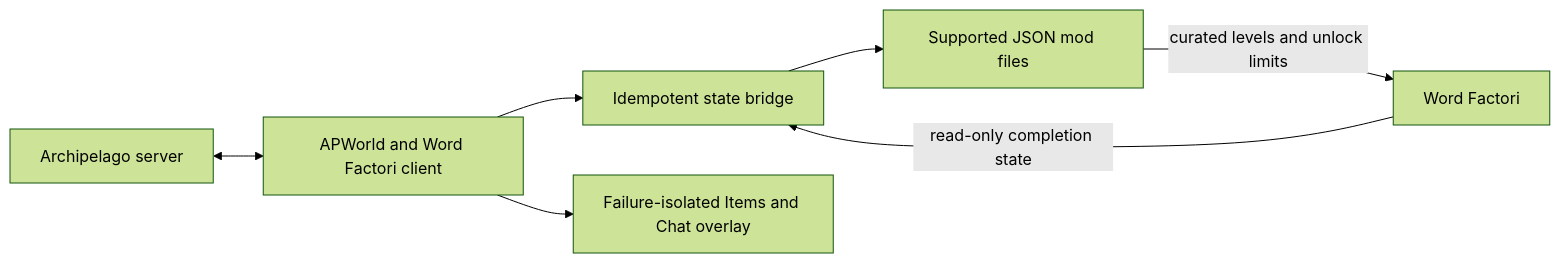
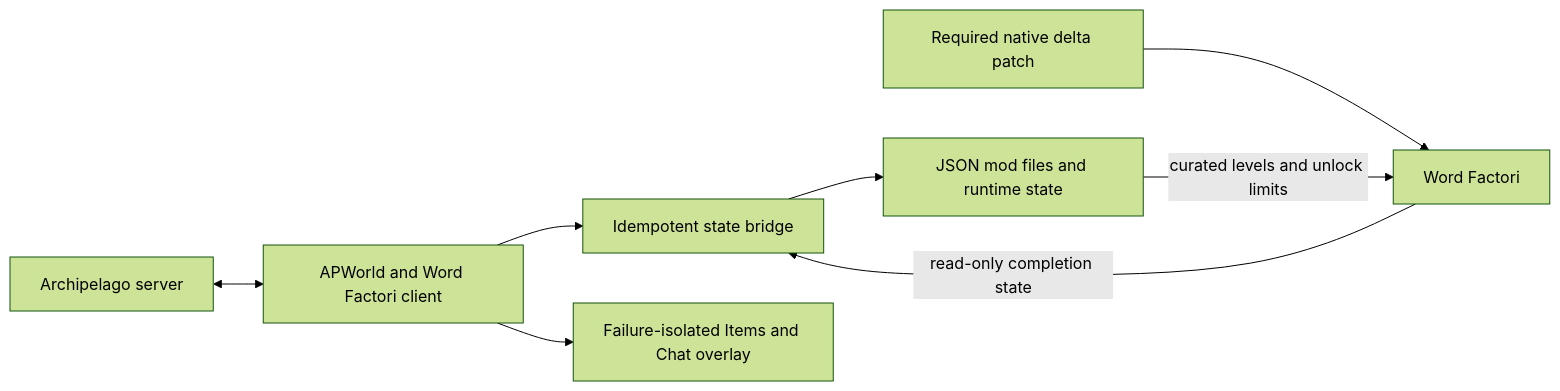
Before and after one commit to Akamarus/word-factori-archipelago: the diagram in README.md, drawn with Mermaid (forest theme). The commit also changed other lines of this file and 27 other files, not shown here.

````diff
--- a/README.md
+++ b/README.md
@@ -37,9 +35,10 @@
 ```mermaid
 flowchart LR
     AP[Archipelago server] <--> Client[APWorld and Word Factori client]
     Client --> Bridge[Idempotent state bridge]
-    Bridge --> Mod[Supported JSON mod files]
+    Bridge --> Mod[JSON mod files and runtime state]
+    Patch[Required native delta patch] --> Game
     Game[Word Factori] -->|read-only completion state| Bridge
     Mod -->|curated levels and unlock limits| Game
     Client --> Overlay[Failure-isolated Items and Chat overlay]
 ```
````
